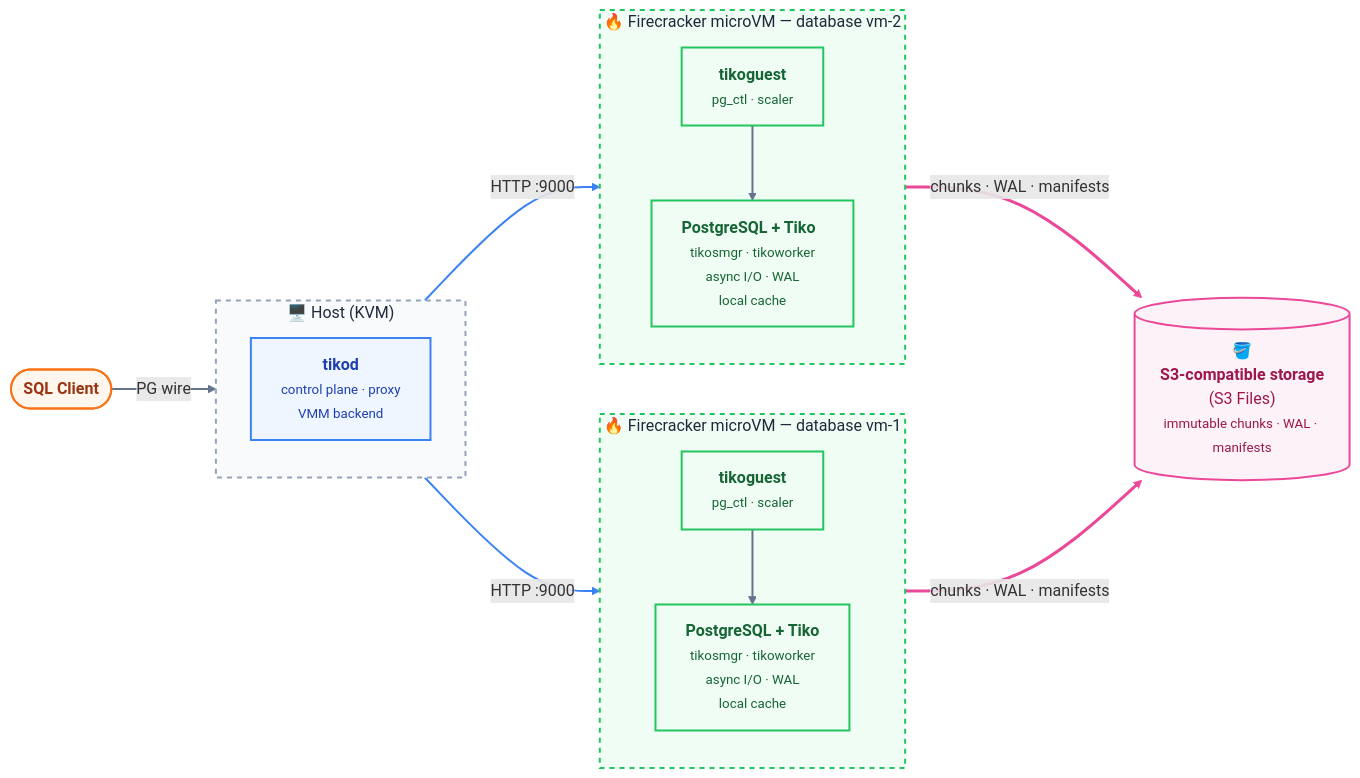
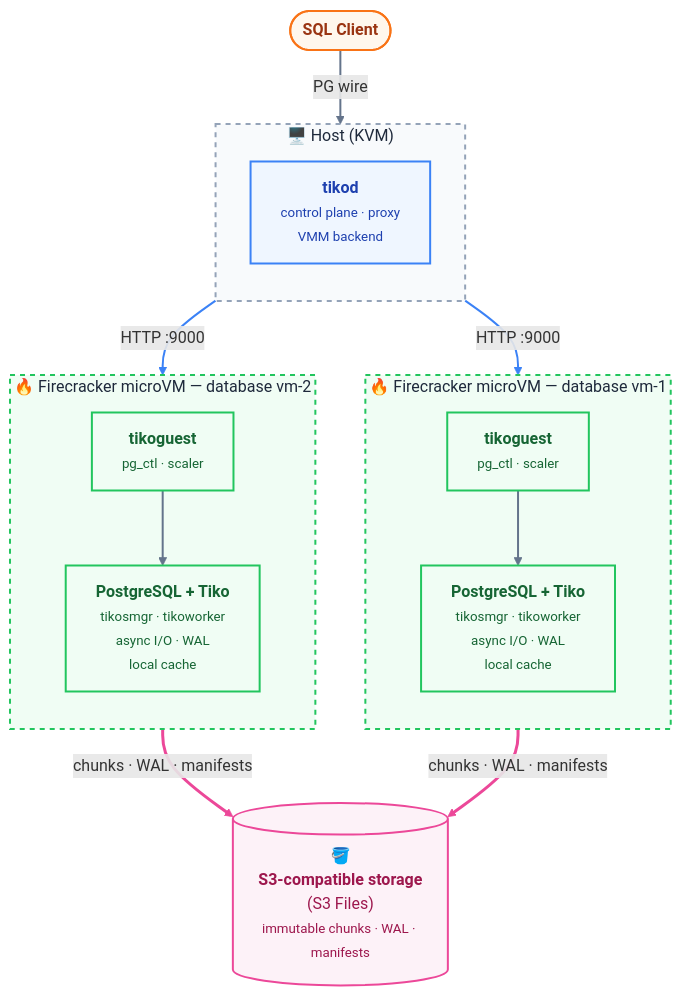
Before and after one commit to burmecia/tiko: the diagram in README.md, drawn with Mermaid.

Commit message:
update diagram

````diff
--- a/README.md
+++ b/README.md
@@ -34,54 +34,54 @@
 ```mermaid
 %%{init: {"themeVariables": {"titleColor": "#1e293b", "clusterBkg": "#f8fafc", "clusterBorder": "#94a3b8"}}}%%
-flowchart LR
+flowchart TB
   Client(["<b>SQL Client</b>"])
 
   subgraph Host ["🖥️ Host (KVM)"]
     direction TB
     Tikod["<b>tikod</b><br/><small>control plane · proxy<br/>VMM backend</small>"]
   end
 
   subgraph VM1 ["🔥 Firecracker microVM — database vm-1"]
     direction TB
     Guest1["<b>tikoguest</b><br/><small>pg_ctl · scaler</small>"]
     PG1["<b>PostgreSQL + Tiko</b><br/><small>tikosmgr · tikoworker<br/>async I/O · WAL<br/>local cache</small>"]
     Guest1 --> PG1
   end
 
   subgraph VM2 ["🔥 Firecracker microVM — database vm-2"]
     direction TB
     Guest2["<b>tikoguest</b><br/><small>pg_ctl · scaler</small>"]
-    PG2["<b>PostgreSQL + Tiko&nbsp;&nbsp;</b><br/><small>tikosmgr · tikoworker<br/>async I/O · WAL<br/>local cache</small>"]
+    PG2["<b>PostgreSQL + Tiko</b><br/><small>tikosmgr · tikoworker<br/>async I/O · WAL<br/>local cache</small>"]
     Guest2 --> PG2
   end
 
   S3[("🪣<br/><b>S3-compatible storage</b><br/>(S3 Files)<br/><small>immutable chunks · WAL · manifests</small>")]
 
   Client -->|PG wire| Tikod
   Tikod -->|HTTP :9000| Guest1
   Tikod -->|HTTP :9000| Guest2
   PG1 ==>|chunks · WAL · manifests| S3
   PG2 ==>|chunks · WAL · manifests| S3
 
   classDef client fill:#fff7ed,stroke:#f97316,stroke-width:2px,color:#9a3412
   classDef control fill:#eff6ff,stroke:#3b82f6,stroke-width:2px,color:#1e40af
   classDef vm fill:#f0fdf4,stroke:#22c55e,stroke-width:2px,color:#166534
   classDef storage fill:#fdf2f8,stroke:#ec4899,stroke-width:2px,color:#9d174d
 
   class Client client
   class Tikod control
   class Guest1,PG1,Guest2,PG2 vm
   class S3 storage
 
   style Host fill:#f8fafc,stroke:#94a3b8,stroke-width:2px,stroke-dasharray:5 5
   style VM1 fill:#f0fdf4,stroke:#22c55e,stroke-width:2px,stroke-dasharray:5 5
   style VM2 fill:#f0fdf4,stroke:#22c55e,stroke-width:2px,stroke-dasharray:5 5
   style S3 fill:#fdf2f8,stroke:#ec4899,stroke-width:2px
   linkStyle 0 stroke:#64748b,stroke-width:2px
   linkStyle 1 stroke:#64748b,stroke-width:2px
   linkStyle 2 stroke:#64748b,stroke-width:2px
   linkStyle 3 stroke:#3b82f6,stroke-width:2px
   linkStyle 4 stroke:#3b82f6,stroke-width:2px
   linkStyle 5 stroke:#ec4899,stroke-width:3px
   linkStyle 6 stroke:#ec4899,stroke-width:3px
 ```
````
